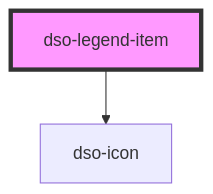
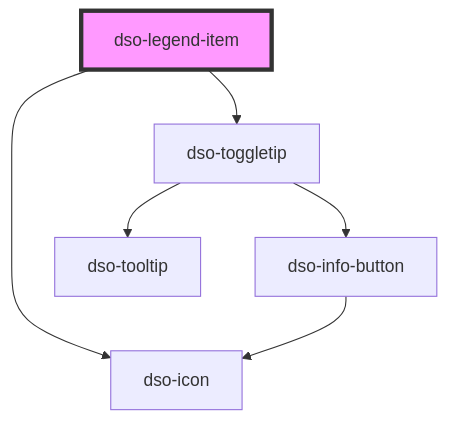
The diagram in packages/core/src/components/legend-item/readme.md (dso-toolkit/dso-toolkit), drawn with Mermaid before and after one commit. The commit also changed other lines of this file and 8 other files, not shown here.

Commit message:
#2515 Show Toggletip for disabled Legend Item

````diff
--- a/packages/core/src/components/legend-item/readme.md
+++ b/packages/core/src/components/legend-item/readme.md
@@ -42,5 +43,9 @@
 ```mermaid
 graph TD;
+  dso-legend-item --> dso-toggletip
   dso-legend-item --> dso-icon
+  dso-toggletip --> dso-info-button
+  dso-toggletip --> dso-tooltip
+  dso-info-button --> dso-icon
   style dso-legend-item fill:#f9f,stroke:#333,stroke-width:4px
 ```
````
